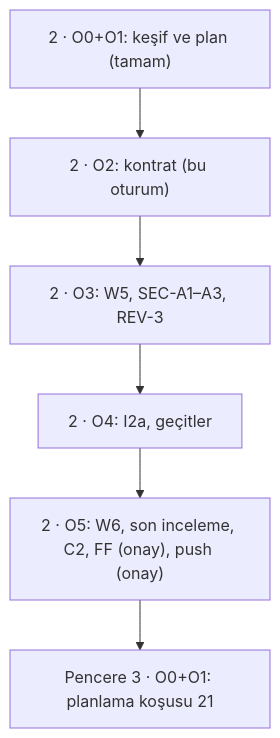
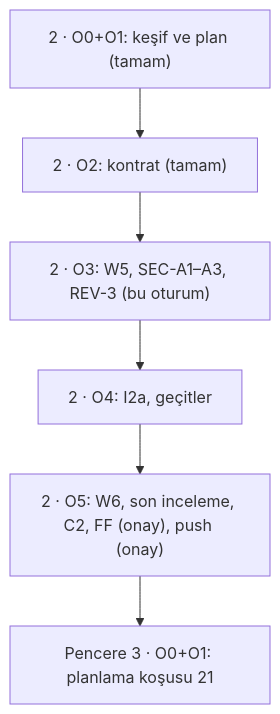
Before and after one commit to ahmetxa/ishtar_cam_modes: the diagram in NEXT_PROMPT.md, drawn with Mermaid. The commit also changed other lines of this file and 2 other files, not shown here.

````diff
--- a/NEXT_PROMPT.md
+++ b/NEXT_PROMPT.md
@@ -101,8 +104,8 @@
 ```mermaid
 flowchart TD
-  A["2 · O0+O1: keşif ve plan (tamam)"] --> B["2 · O2: kontrat (bu oturum)"]
-  B --> C["2 · O3: W5, SEC-A1–A3, REV-3"]
+  A["2 · O0+O1: keşif ve plan (tamam)"] --> B["2 · O2: kontrat (tamam)"]
+  B --> C["2 · O3: W5, SEC-A1–A3, REV-3 (bu oturum)"]
   C --> D["2 · O4: I2a, geçitler"]
   D --> E["2 · O5: W6, son inceleme, C2, FF (onay), push (onay)"]
   E --> F["Pencere 3 · O0+O1: planlama koşusu 21"]
 ```
````
